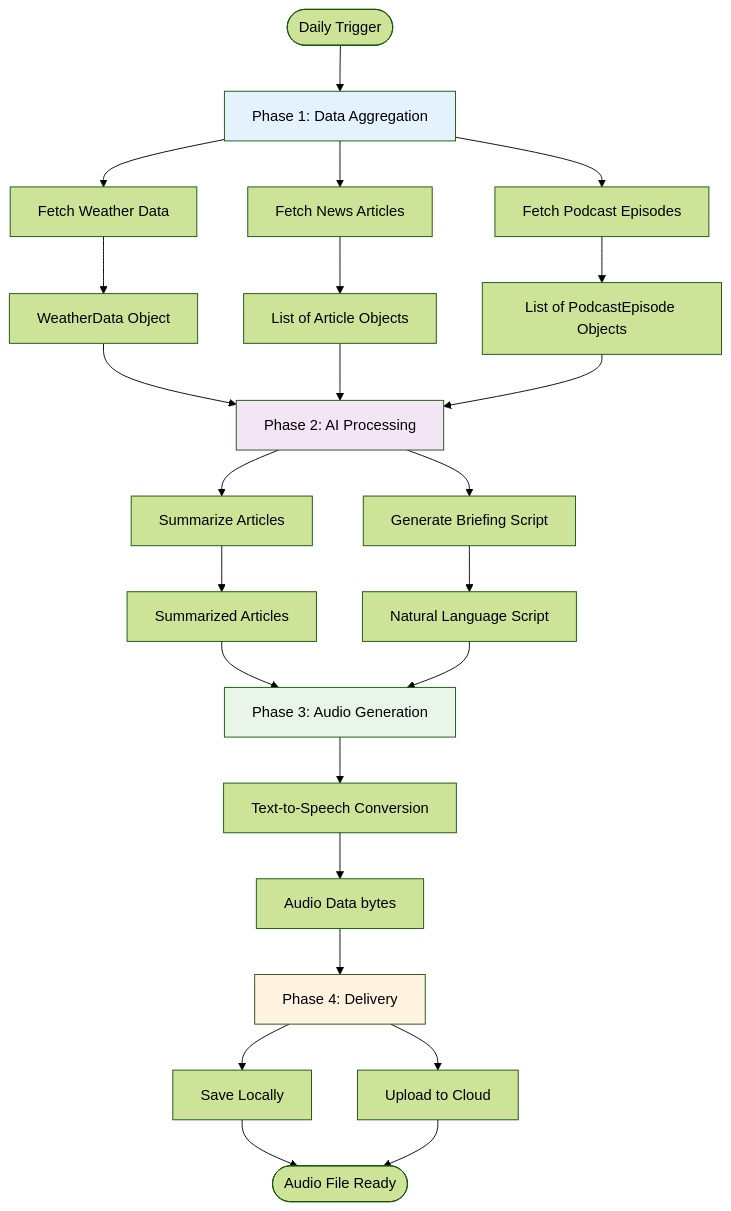
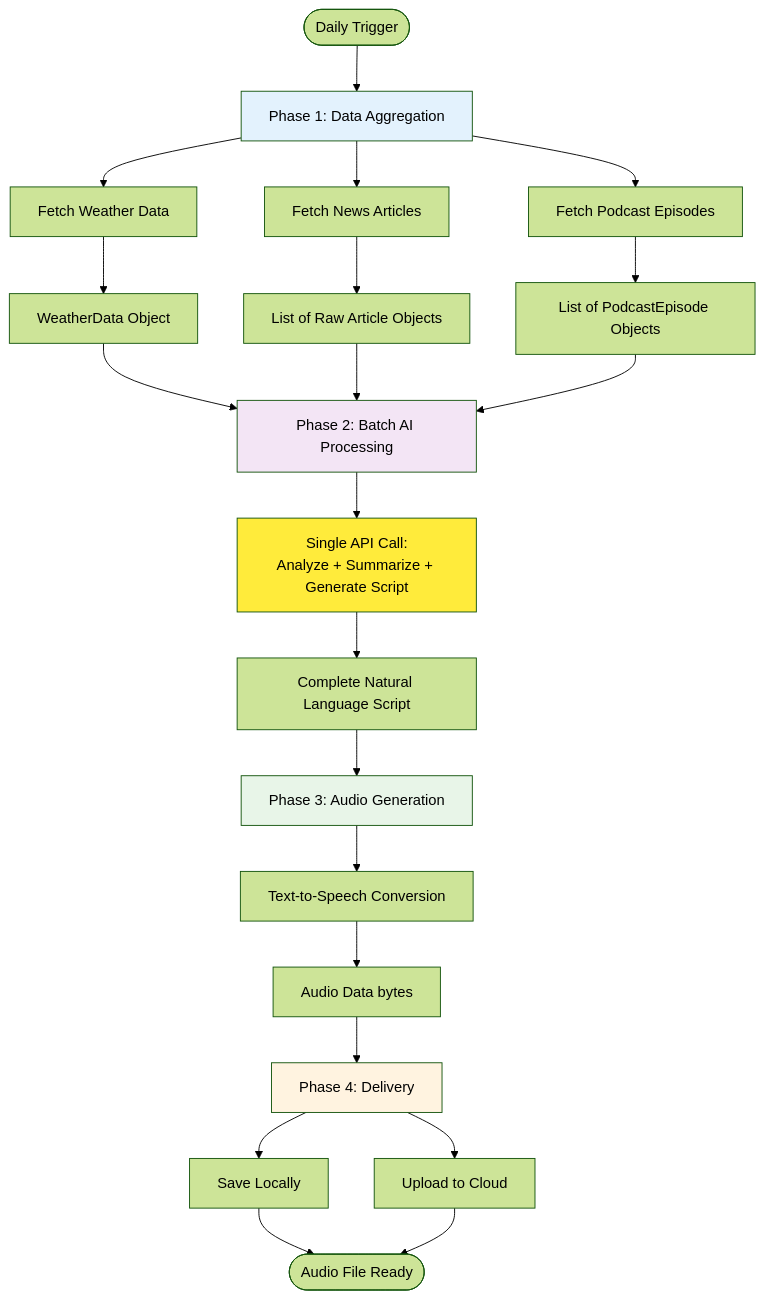
The second of 5 diagrams in TECHNICAL_DESIGN.md (c0ld-w4ter/you-fm), drawn with Mermaid (forest theme) before and after one commit. The commit also changed other lines of this file and 10 other files, not shown here.

````diff
--- a/TECHNICAL_DESIGN.md
+++ b/TECHNICAL_DESIGN.md
@@ -69,41 +69,39 @@
 ```mermaid
 flowchart TD
     Start([Daily Trigger]) --> Phase1[Phase 1: Data Aggregation]
     
     Phase1 --> A1[Fetch Weather Data]
     Phase1 --> A2[Fetch News Articles]
     Phase1 --> A3[Fetch Podcast Episodes]
     
     A1 --> B1[WeatherData Object]
-    A2 --> B2[List of Article Objects]
+    A2 --> B2[List of Raw Article Objects]
     A3 --> B3[List of PodcastEpisode Objects]
     
-    B1 --> Phase2[Phase 2: AI Processing]
+    B1 --> Phase2[Phase 2: Batch AI Processing]
     B2 --> Phase2
     B3 --> Phase2
     
-    Phase2 --> C1[Summarize Articles]
-    Phase2 --> C2[Generate Briefing Script]
+    Phase2 --> C1[Single API Call:<br/>Analyze + Summarize + Generate Script]
     
-    C1 --> D1[Summarized Articles]
-    C2 --> D2[Natural Language Script]
+    C1 --> D1[Complete Natural Language Script]
     
     D1 --> Phase3[Phase 3: Audio Generation]
-    D2 --> Phase3
     
     Phase3 --> E1[Text-to-Speech Conversion]
     E1 --> E2[Audio Data bytes]
     
     E2 --> Phase4[Phase 4: Delivery]
     
     Phase4 --> F1[Save Locally]
     Phase4 --> F2[Upload to Cloud]
     
     F1 --> End([Audio File Ready])
     F2 --> End
     
     style Phase1 fill:#e3f2fd
     style Phase2 fill:#f3e5f5
     style Phase3 fill:#e8f5e8
     style Phase4 fill:#fff3e0
+    style C1 fill:#ffeb3b
 ```
````
